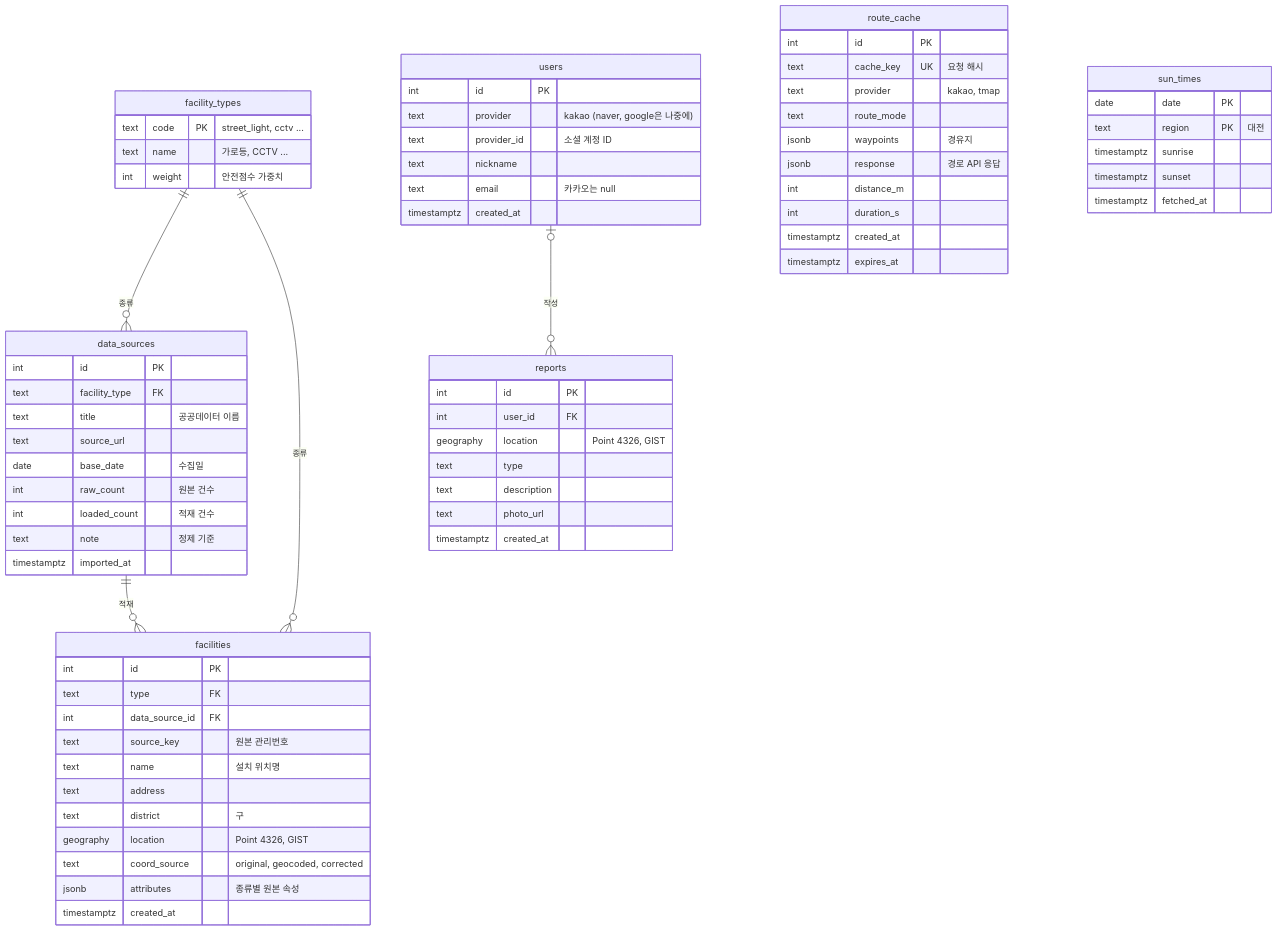
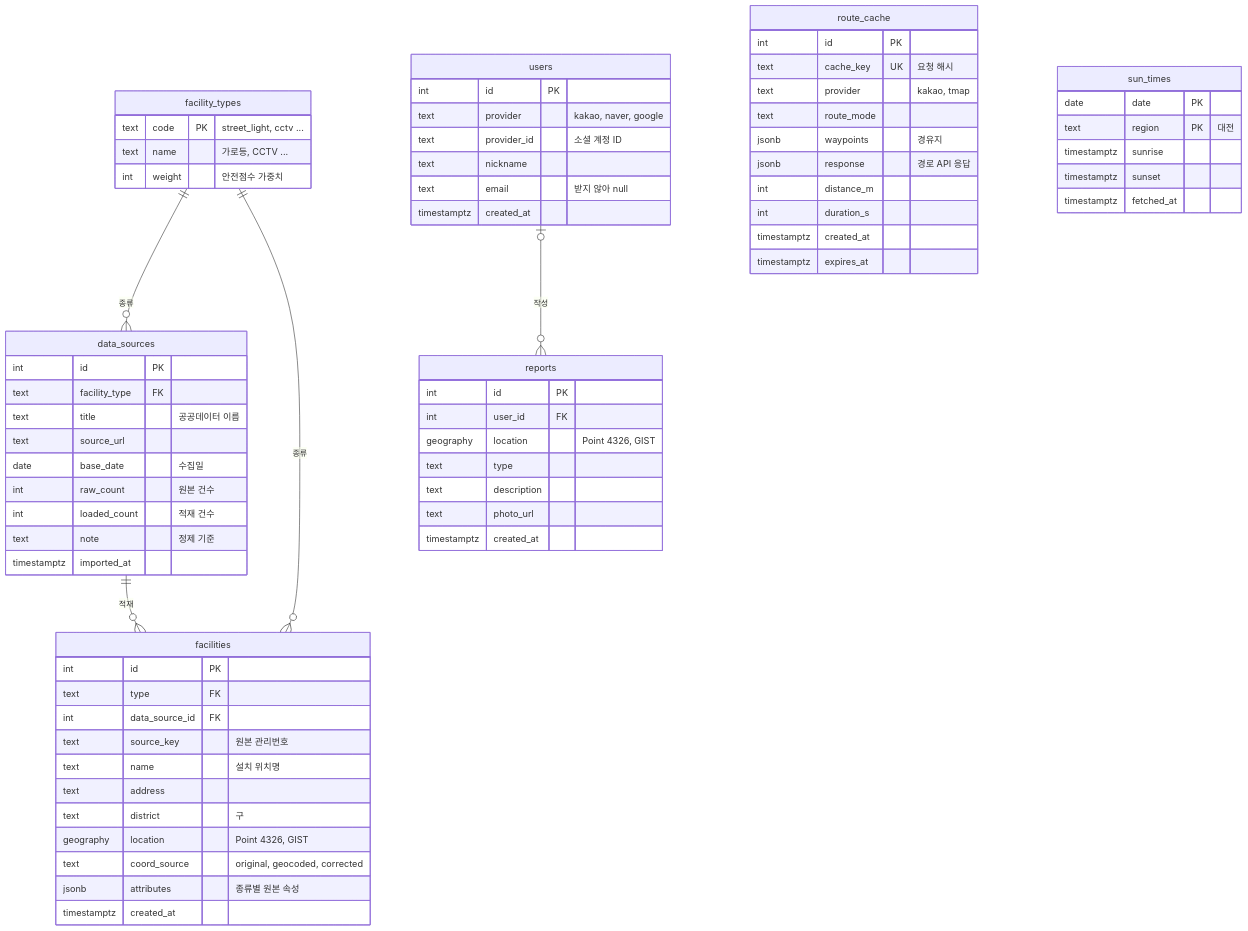
Before and after one commit to wjxor/deungdae: the diagram in docs/ERD.md, drawn with Mermaid. The commit also changed other lines of this file and 6 other files, not shown here.

````diff
--- a/docs/ERD.md
+++ b/docs/ERD.md
@@ -10,73 +10,73 @@
 ```mermaid
 erDiagram
     facility_types ||--o{ data_sources : "종류"
     facility_types ||--o{ facilities : "종류"
     data_sources ||--o{ facilities : "적재"
     users |o--o{ reports : "작성"
 
     facility_types {
         text code PK "street_light, cctv ..."
         text name "가로등, CCTV ..."
         int weight "안전점수 가중치"
     }
     data_sources {
         int id PK
         text facility_type FK
         text title "공공데이터 이름"
         text source_url
         date base_date "수집일"
         int raw_count "원본 건수"
         int loaded_count "적재 건수"
         text note "정제 기준"
         timestamptz imported_at
     }
     facilities {
         int id PK
         text type FK
         int data_source_id FK
         text source_key "원본 관리번호"
         text name "설치 위치명"
         text address
         text district "구"
         geography location "Point 4326, GIST"
         text coord_source "original, geocoded, corrected"
         jsonb attributes "종류별 원본 속성"
         timestamptz created_at
     }
     route_cache {
         int id PK
         text cache_key UK "요청 해시"
         text provider "kakao, tmap"
         text route_mode
         jsonb waypoints "경유지"
         jsonb response "경로 API 응답"
         int distance_m
         int duration_s
         timestamptz created_at
         timestamptz expires_at
     }
     sun_times {
         date date PK
         text region PK "대전"
         timestamptz sunrise
         timestamptz sunset
         timestamptz fetched_at
     }
     users {
         int id PK
-        text provider "kakao (naver, google은 나중에)"
+        text provider "kakao, naver, google"
         text provider_id "소셜 계정 ID"
         text nickname
-        text email "카카오는 null"
+        text email "받지 않아 null"
         timestamptz created_at
     }
     reports {
         int id PK
         int user_id FK
         geography location "Point 4326, GIST"
         text type
         text description
         text photo_url
         timestamptz created_at
     }
 ```
````
